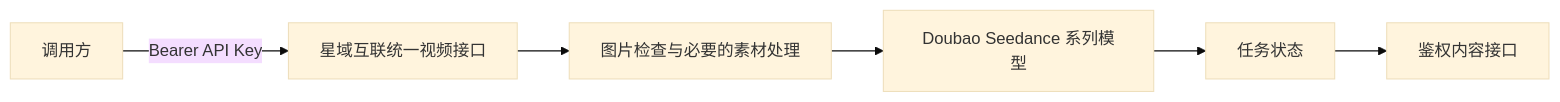
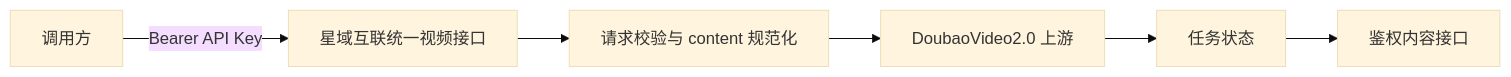
The diagram in docs/channel/doubao-seedance-video.md (z55183980-gif/starnexus), drawn with Mermaid (base theme) before and after one commit. The commit also changed other lines of this file and 12 other files, not shown here.

Commit message:
fix: improve DoubaoVideo2.0 video compatibility

````diff
--- a/docs/channel/doubao-seedance-video.md
+++ b/docs/channel/doubao-seedance-video.md
@@ -11,8 +11,8 @@
 ```mermaid
 flowchart LR
     A[调用方] -->|Bearer API Key| B[星域互联统一视频接口]
-    B --> C[图片检查与必要的素材处理]
-    C --> D[Doubao Seedance 系列模型]
+    B --> C[请求校验与 content 规范化]
+    C --> D[DoubaoVideo2.0 上游]
     D --> E[任务状态]
     E --> F[鉴权内容接口]
 ```
````
